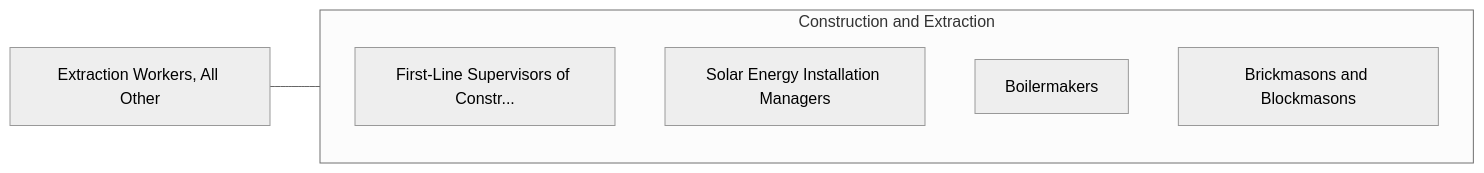
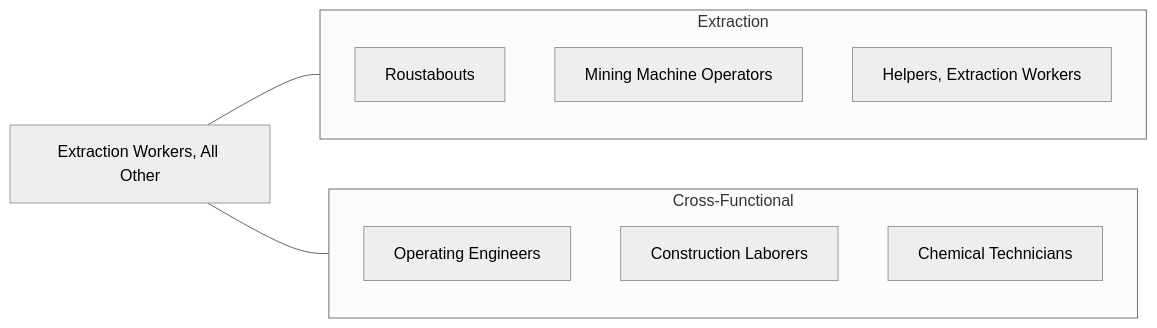
The fourth of 4 diagrams in occupations/Construction/ExtractionWorkers.mdx (kziemski/business.org.ai), drawn with Mermaid (neutral theme) before and after one commit. The commit also changed other lines of this file and 938 other files, not shown here.

````diff
--- a/occupations/Construction/ExtractionWorkers.mdx
+++ b/occupations/Construction/ExtractionWorkers.mdx
@@ -55,13 +167,19 @@
 ```mermaid
 graph LR
     Current["Extraction Workers, All Other"]
 
-    subgraph SameCategory["Construction and Extraction"]
-        FirstLineSupervisors["First-Line Supervisors of Constr..."]
-        SolarEnergyInstallat["Solar Energy Installation Managers"]
-        Boilermakers["Boilermakers"]
-        BrickmasonsAndBlockm["Brickmasons and Blockmasons"]
+    subgraph SameCategory["Extraction"]
+        Roustabout["Roustabouts"]
+        Mining["Mining Machine Operators"]
+        Helpers["Helpers, Extraction Workers"]
+    end
+
+    subgraph CrossFunctional["Cross-Functional"]
+        OpEng["Operating Engineers"]
+        Laborer["Construction Laborers"]
+        ChemTech["Chemical Technicians"]
     end
 
     Current --- SameCategory
+    Current --- CrossFunctional
 ```
````
